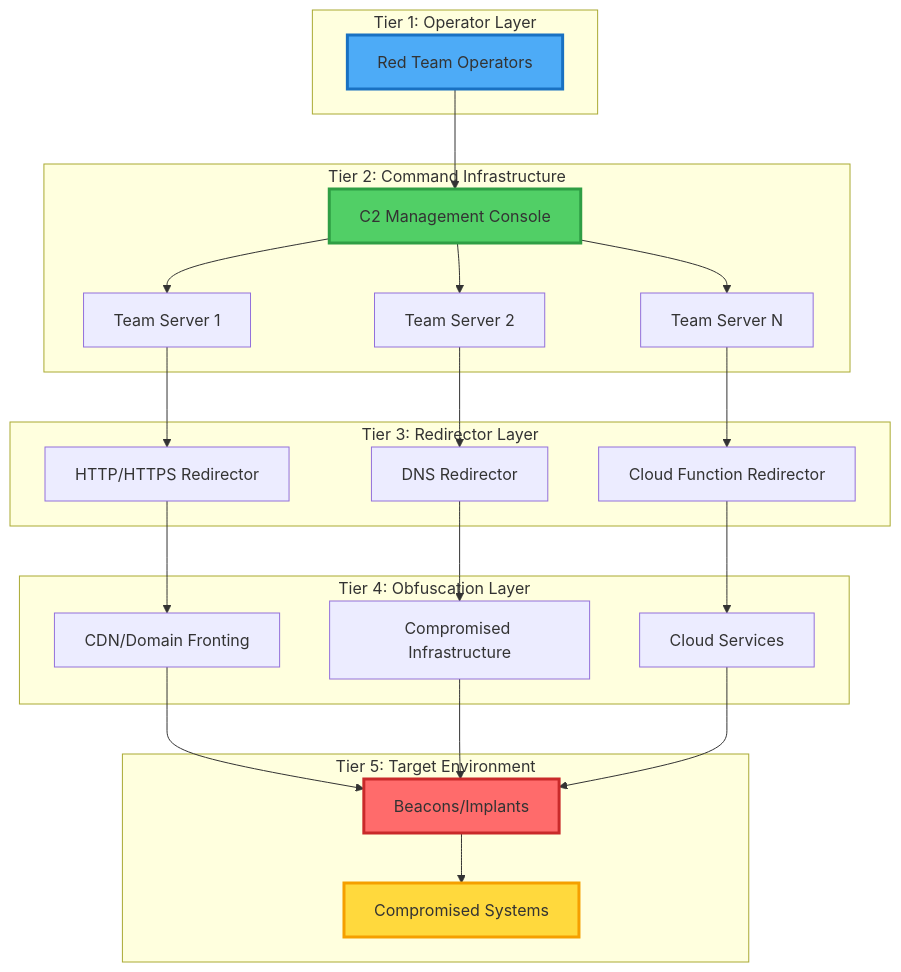
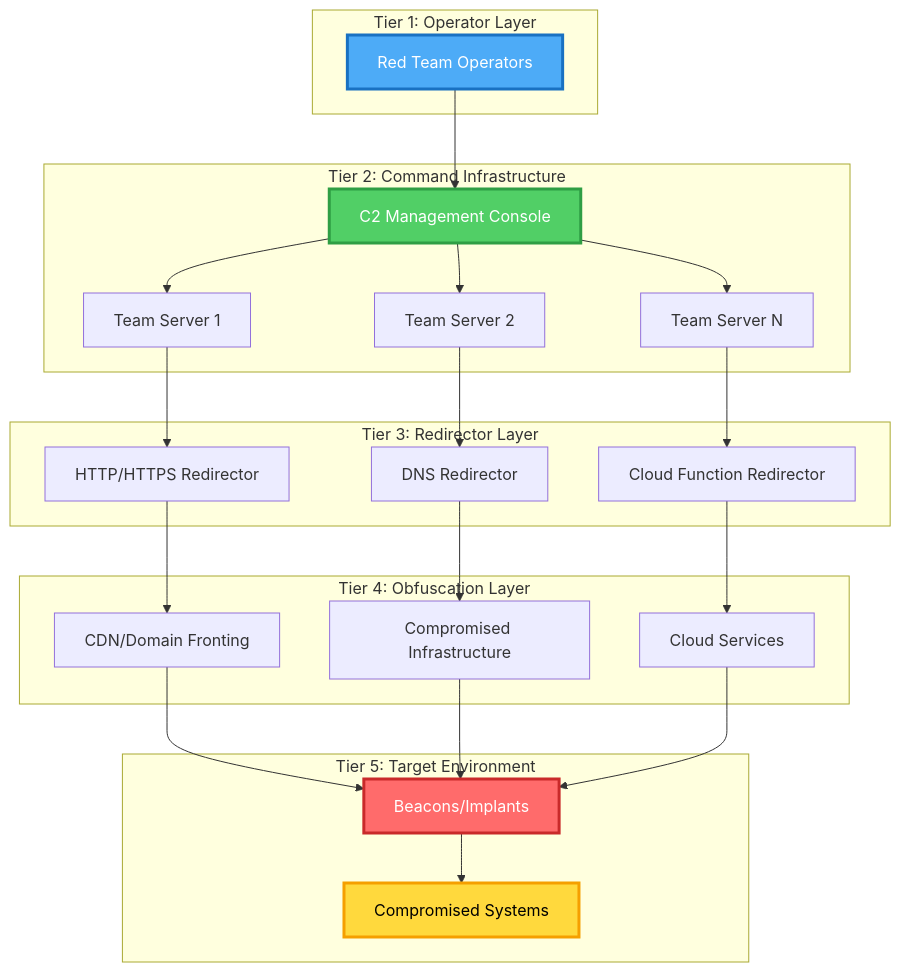
One commit to NovusAevum/apt-adversarial-operations changed the ninth of 9 diagrams in README.md. Above: the diagram before and after it, drawn with Mermaid. The commit also changed other lines of this file and 2 other files, not shown here.

````diff
--- a/README.md
+++ b/README.md
@@ -702,54 +419,54 @@
 ```mermaid
 flowchart TB
     subgraph "Tier 1: Operator Layer"
         A[Red Team Operators]
     end
     
     subgraph "Tier 2: Command Infrastructure"
         B[C2 Management Console]
         C[Team Server 1]
         D[Team Server 2]
         E[Team Server N]
     end
     
     subgraph "Tier 3: Redirector Layer"
         F[HTTP/HTTPS Redirector]
         G[DNS Redirector]
         H[Cloud Function Redirector]
     end
     
     subgraph "Tier 4: Obfuscation Layer"
         I[CDN/Domain Fronting]
         J[Compromised Infrastructure]
         K[Cloud Services]
     end
     
     subgraph "Tier 5: Target Environment"
         L[Beacons/Implants]
         M[Compromised Systems]
     end
     
     A --> B
     B --> C
     B --> D
     B --> E
     
     C --> F
     D --> G
     E --> H
     
     F --> I
     G --> J
     H --> K
     
     I --> L
     J --> L
     K --> L
     
     L --> M
     
-    style A fill:#4dabf7,stroke:#1971c2,stroke-width:3px
-    style B fill:#51cf66,stroke:#2f9e44,stroke-width:3px
-    style L fill:#ff6b6b,stroke:#c92a2a,stroke-width:3px
-    style M fill:#ffd93d,stroke:#f59f00,stroke-width:3px
+    style A fill:#4dabf7,stroke:#1971c2,stroke-width:3px,color:#fff
+    style B fill:#51cf66,stroke:#2f9e44,stroke-width:3px,color:#fff
+    style L fill:#ff6b6b,stroke:#c92a2a,stroke-width:3px,color:#fff
+    style M fill:#ffd93d,stroke:#f59f00,stroke-width:3px,color:#000
 ```
````
